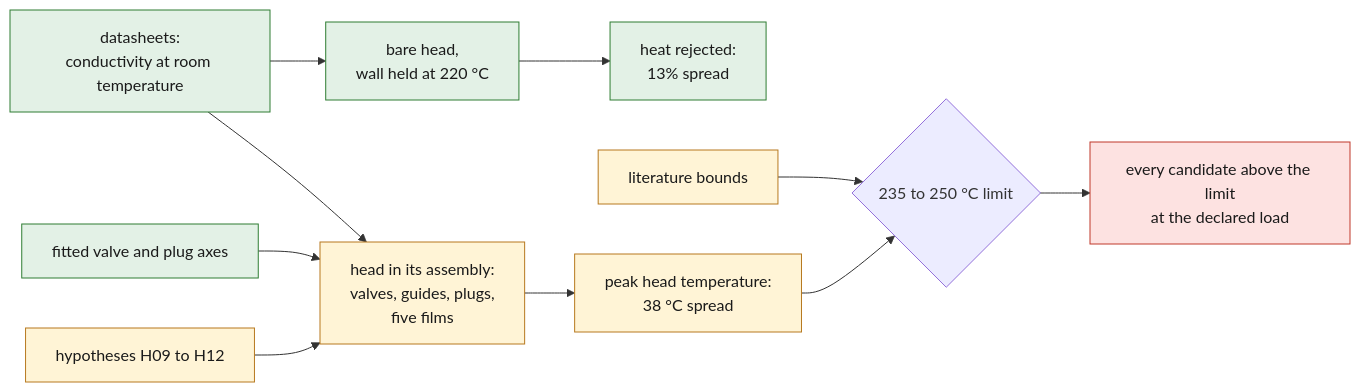
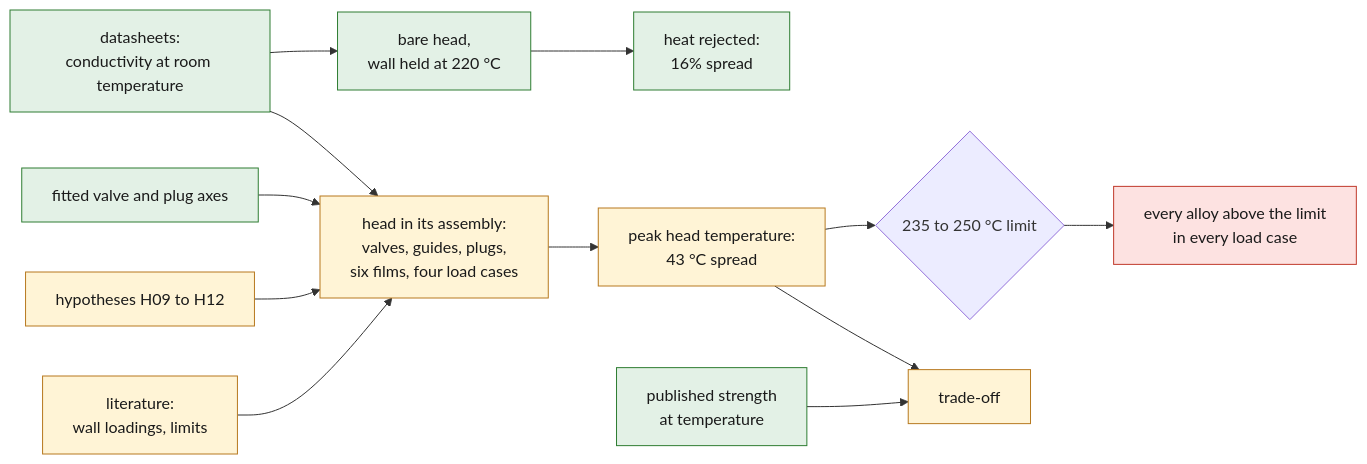
One commit to cluster2600/porscheparts changed diagram 11 of 11 in twins/935-cylinder-head-cad-twin/README.md. Above: the diagram before and after it, drawn with Mermaid. The commit also changed other lines of this file and 12 other files, not shown here.

First line of the commit message:
935 twin: four load cases for the assembly screen, and strength beside temperature (#683)

````diff
--- a/twins/935-cylinder-head-cad-twin/README.md
+++ b/twins/935-cylinder-head-cad-twin/README.md
@@ -1159,18 +1162,20 @@
 ```mermaid
 flowchart LR
   D["datasheets:<br/>conductivity at room temperature"] --> B["bare head,<br/>wall held at 220 °C"]
-  D --> A["head in its assembly:<br/>valves, guides, plugs,<br/>five films"]
+  D --> A["head in its assembly:<br/>valves, guides, plugs,<br/>six films, four load cases"]
   F["fitted valve and plug axes"] --> A
   H["hypotheses H09 to H12"] --> A
-  B --> R1["heat rejected:<br/>13% spread"]
-  A --> R2["peak head temperature:<br/>38 °C spread"]
-  L["literature bounds"] --> V{"235 to 250 °C limit"}
-  R2 --> V
-  V --> N["every candidate above the limit<br/>at the declared load"]
+  L["literature:<br/>wall loadings, limits"] --> A
+  B --> R1["heat rejected:<br/>16% spread"]
+  A --> R2["peak head temperature:<br/>43 °C spread"]
+  R2 --> V{"235 to 250 °C limit"}
+  S["published strength<br/>at temperature"] --> T["trade-off"]
+  R2 --> T
+  V --> N["every alloy above the limit<br/>in every load case"]
   classDef ok fill:#e3f1e6,stroke:#2e7d32,color:#1a1a1a;
   classDef open fill:#fff4d6,stroke:#b7791f,color:#1a1a1a;
   classDef stop fill:#fde2e1,stroke:#c0392b,color:#1a1a1a;
-  class D,F,B,R1 ok;
-  class H,A,R2,L open;
+  class D,F,B,R1,S ok;
+  class H,A,R2,L,T open;
   class N stop;
 ```
````
